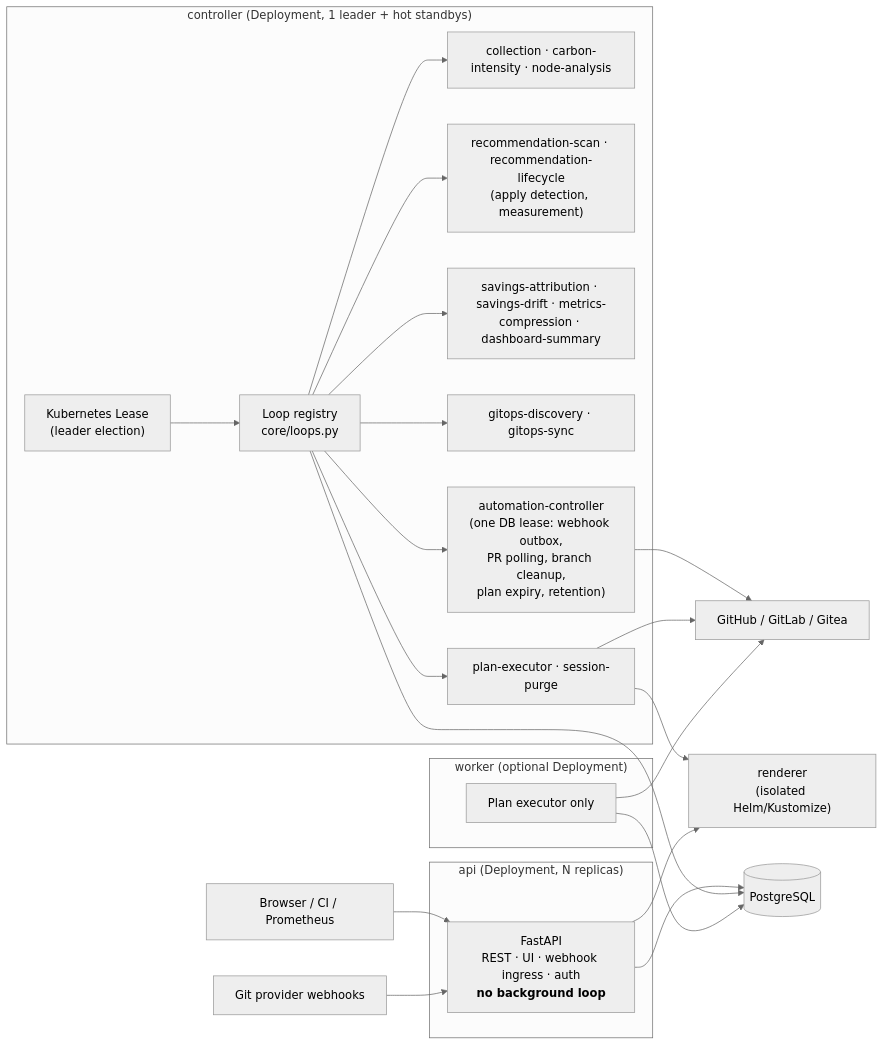
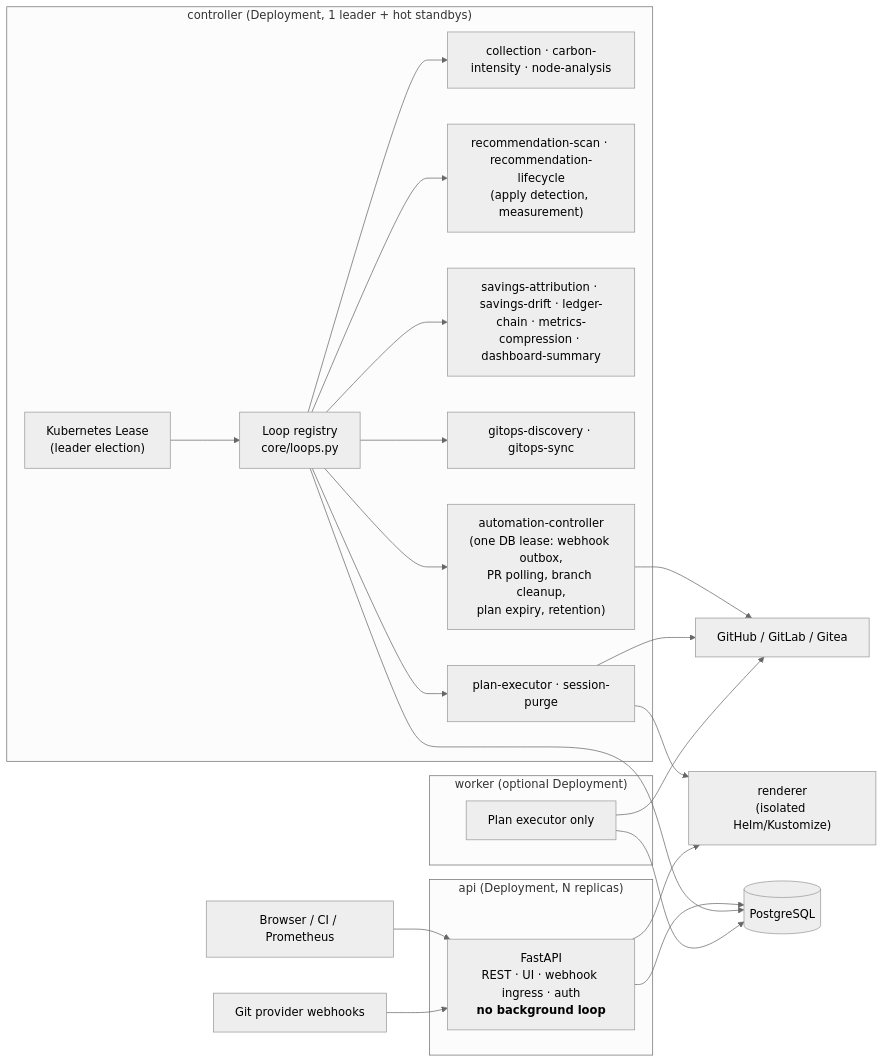
Before and after one commit to GreenKubeCloud/GreenKube: the second of 2 diagrams in docs/architecture.md, drawn with Mermaid (neutral theme). The commit also changed other lines of this file and 9 other files, not shown here.

Commit message:
docs: document the savings ledger v2, its API and the quickstart change-measurement overlay

````diff
--- a/docs/architecture.md
+++ b/docs/architecture.md
@@ -141,37 +141,37 @@
 ```mermaid
 flowchart LR
     Users["Browser / CI / Prometheus"] --> API
     GitHooks["Git provider webhooks"] --> API
 
     subgraph APIProc["api (Deployment, N replicas)"]
         API["FastAPI<br/>REST · UI · webhook ingress · auth<br/><b>no background loop</b>"]
     end
 
     subgraph Ctrl["controller (Deployment, 1 leader + hot standbys)"]
         Lease["Kubernetes Lease<br/>(leader election)"]
         Registry["Loop registry<br/>core/loops.py"]
         Lease --> Registry
         Registry --> L1["collection · carbon-intensity · node-analysis"]
         Registry --> L2["recommendation-scan · recommendation-lifecycle<br/>(apply detection, measurement)"]
-        Registry --> L3["savings-attribution · savings-drift · metrics-compression · dashboard-summary"]
+        Registry --> L3["savings-attribution · savings-drift · ledger-chain · metrics-compression · dashboard-summary"]
         Registry --> L4["gitops-discovery · gitops-sync"]
         Registry --> L5["automation-controller<br/>(one DB lease: webhook outbox,<br/>PR polling, branch cleanup,<br/>plan expiry, retention)"]
         Registry --> L6["plan-executor · session-purge"]
     end
 
     subgraph Worker["worker (optional Deployment)"]
         W["Plan executor only"]
     end
 
     Renderer["renderer<br/>(isolated Helm/Kustomize)"]
     DB[("PostgreSQL")]
 
     API --> DB
     Registry --> DB
     W --> DB
     L6 --> Renderer
     API --> Renderer
     L5 --> Git["GitHub / GitLab / Gitea"]
     L6 --> Git
     W --> Git
 ```
````
